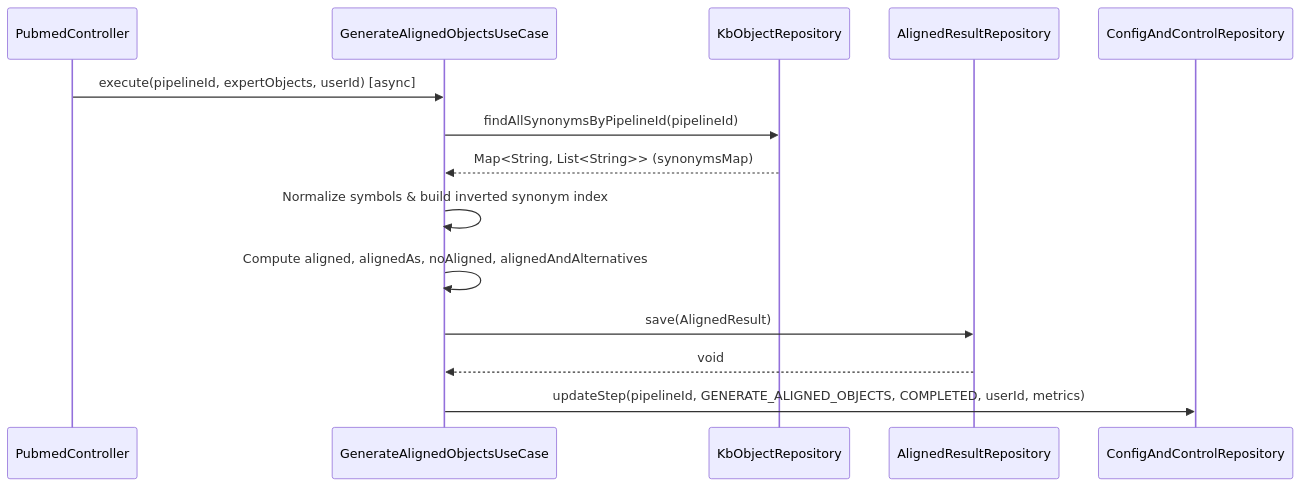
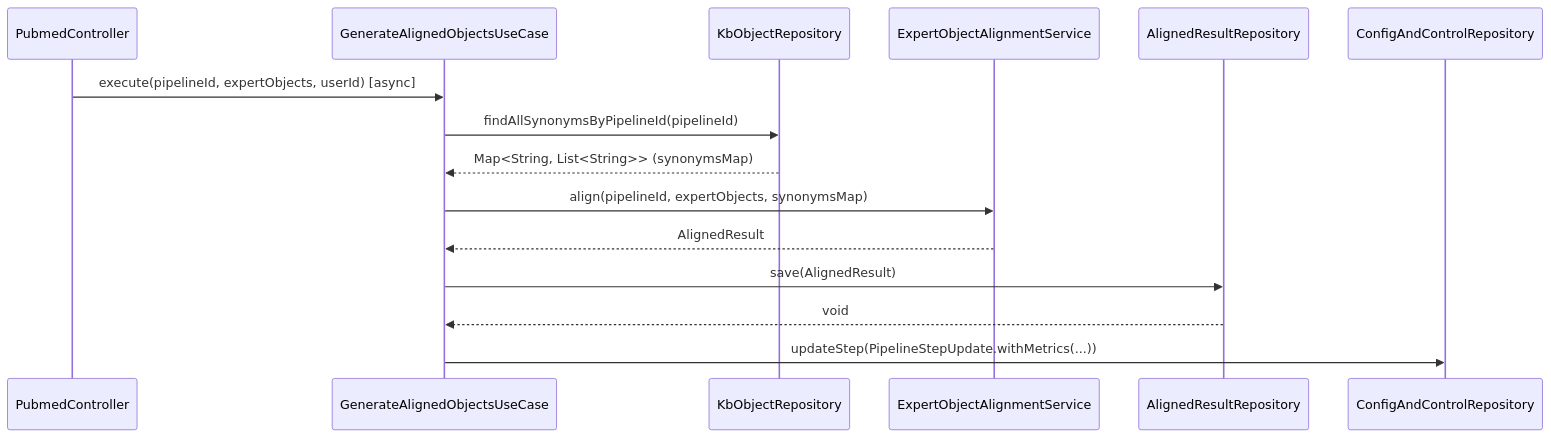
One commit to Biopatternsg-ms/pubmed-integration changed the diagram in .agents/use_cases/GenerateAlignedObjectsUseCase.md. Above: the diagram before and after it, drawn with Mermaid. The commit also changed other lines of this file and 48 other files, not shown here.

Commit message:
feat: encapsulate parameters in command objects for pipeline steps and knowledge base generation

````diff
--- a/.agents/use_cases/GenerateAlignedObjectsUseCase.md
+++ b/.agents/use_cases/GenerateAlignedObjectsUseCase.md
@@ -35,17 +30,18 @@
 ```mermaid
 sequenceDiagram
     participant C as PubmedController
     participant UC as GenerateAlignedObjectsUseCase
     participant KOR as KbObjectRepository
+    participant EAS as ExpertObjectAlignmentService
     participant ARR as AlignedResultRepository
     participant CC as ConfigAndControlRepository
 
     C->>UC: execute(pipelineId, expertObjects, userId) [async]
     UC->>KOR: findAllSynonymsByPipelineId(pipelineId)
     KOR-->>UC: Map<String, List<String>> (synonymsMap)
-    UC->>UC: Normalize symbols & build inverted synonym index
-    UC->>UC: Compute aligned, alignedAs, noAligned, alignedAndAlternatives
+    UC->>EAS: align(pipelineId, expertObjects, synonymsMap)
+    EAS-->>UC: AlignedResult
     UC->>ARR: save(AlignedResult)
     ARR-->>UC: void
-    UC->>CC: updateStep(pipelineId, GENERATE_ALIGNED_OBJECTS, COMPLETED, userId, metrics)
+    UC->>CC: updateStep(PipelineStepUpdate.withMetrics(...))
 ```
````
